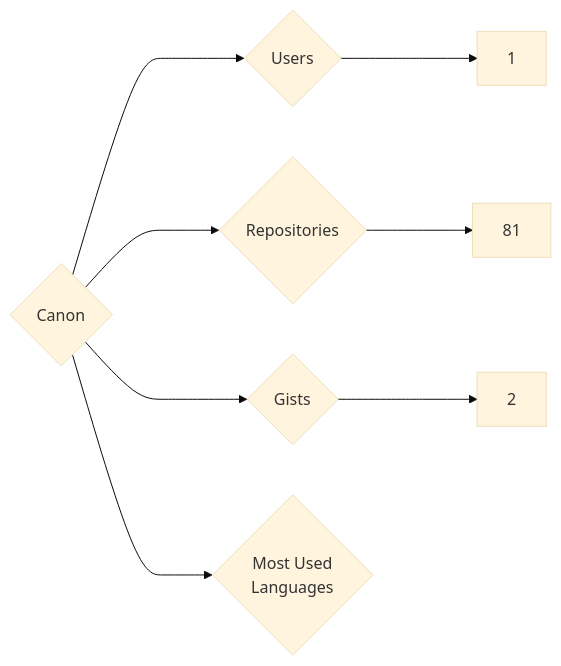
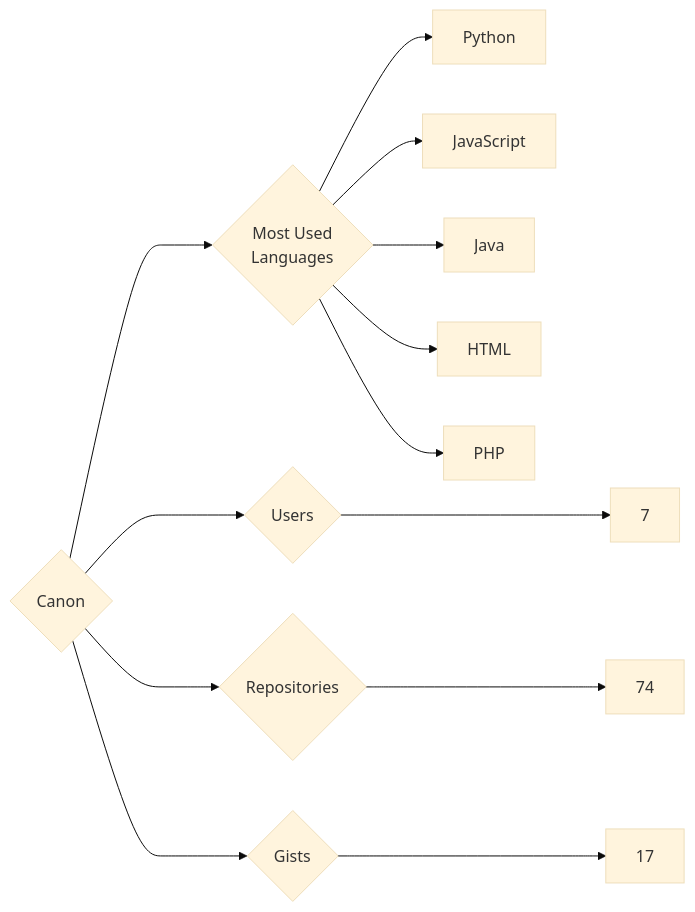
One commit to trickest/insiders changed the diagram in targets/Canon/README.md. Above: the diagram before and after it, drawn with Mermaid (base theme). The commit also changed 1149 other files, not shown here.

````diff
--- a/targets/Canon/README.md
+++ b/targets/Canon/README.md
@@ -3,8 +3,13 @@
 ```mermaid
 graph LR
 COMPANY_NAME{Canon}
-COMPANY_NAME ---> U{Users} ---> UN[1]
-COMPANY_NAME ---> R{Repositories} ---> RN[81]
-COMPANY_NAME ---> G{Gists} ---> GN[2]
+COMPANY_NAME ---> U{Users} ---> UN[7]
+COMPANY_NAME ---> R{Repositories} ---> RN[74]
+COMPANY_NAME ---> G{Gists} ---> GN[17]
 COMPANY_NAME ---> ML{Most Used<br>Languages}
+ML --> Python[Python]
+ML --> JavaScript[JavaScript]
+ML --> Java[Java]
+ML --> HTML[HTML]
+ML --> PHP[PHP]
 ```
````
